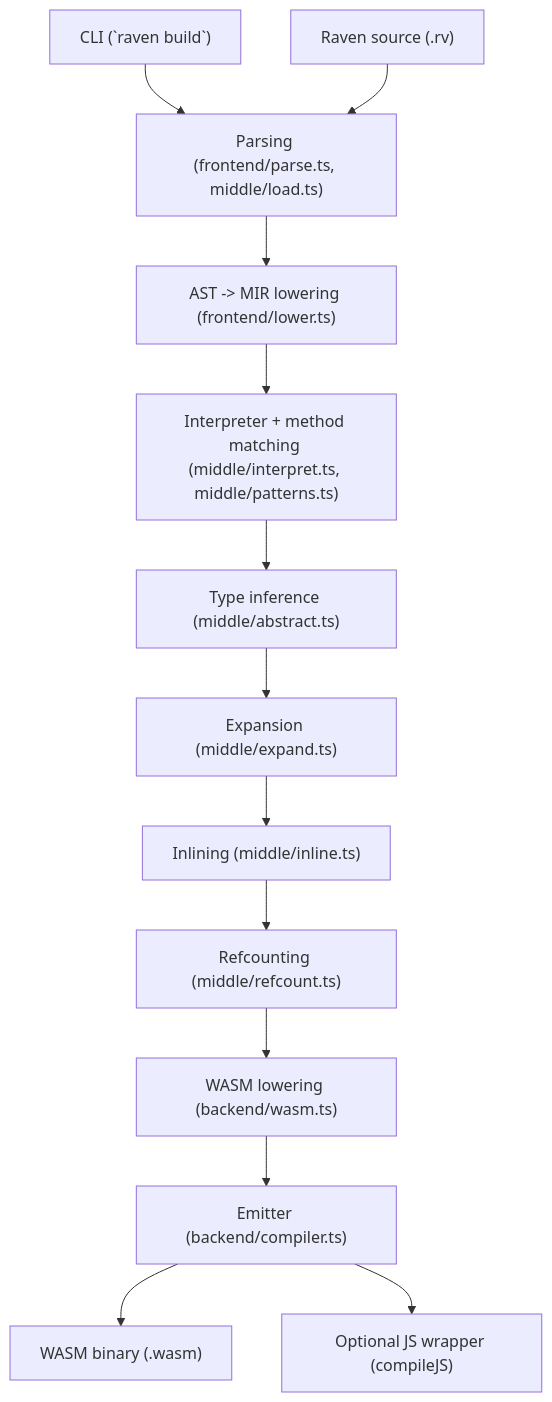
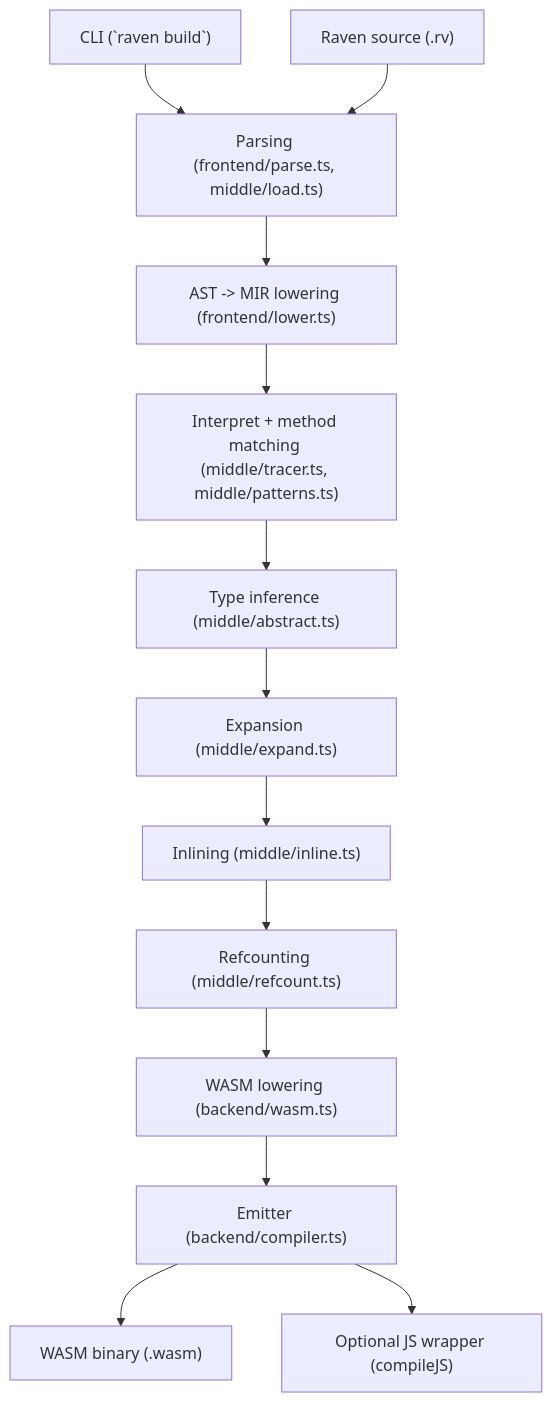
Before and after one commit to Unkindnesses/raven: the diagram in README.md, drawn with Mermaid. The commit also changed other lines of this file, not shown here.

````diff
--- a/README.md
+++ b/README.md
@@ -174,18 +178,18 @@
 ```mermaid
 flowchart TD
   CLI["CLI (`raven build`)"] --> PARSE["Parsing (frontend/parse.ts, middle/load.ts)"]
   SRC["Raven source (.rv)"] --> PARSE
 
   PARSE --> LOWER["AST -> MIR lowering (frontend/lower.ts)"]
 
-  LOWER --> INTERP["Interpreter + method matching (middle/interpret.ts, middle/patterns.ts)"]
+  LOWER --> INTERP["Interpret + method matching (middle/tracer.ts, middle/patterns.ts)"]
   INTERP --> INFER["Type inference (middle/abstract.ts)"]
   INFER --> EXPAND["Expansion (middle/expand.ts)"]
   EXPAND --> INLINE["Inlining (middle/inline.ts)"]
   INLINE --> RC["Refcounting (middle/refcount.ts)"]
   RC --> WASMIR["WASM lowering (backend/wasm.ts)"]
   WASMIR --> EMIT["Emitter (backend/compiler.ts)"]
 
   EMIT --> BIN["WASM binary (.wasm)"]
   EMIT --> JS["Optional JS wrapper (compileJS)"]
 ```
````
